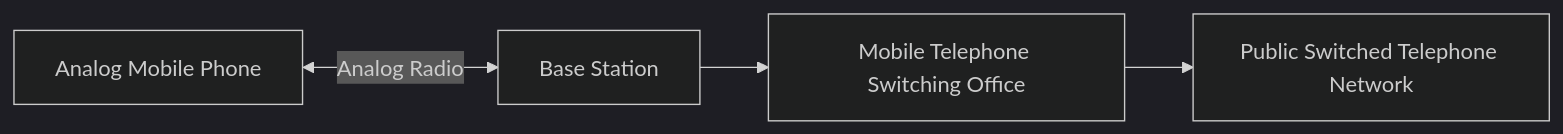
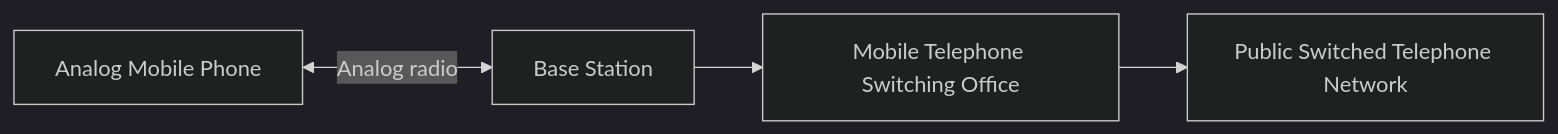
One commit to julietarubis/mobile-network-generations changed the third of 13 diagrams in README-5G-6G-FCAPS.md. Above: the diagram before and after it, drawn with Mermaid (dark theme). The commit also changed other lines of this file, not shown here.

````diff
--- a/README-5G-6G-FCAPS.md
+++ b/README-5G-6G-FCAPS.md
@@ -69,6 +90,6 @@
 ```mermaid
 flowchart LR
-    PHONE[Analog Mobile Phone] <-->|Analog Radio| BS[Base Station]
-    BS --> MTSO[Mobile Telephone Switching Office]
-    MTSO --> PSTN[Public Switched Telephone Network]
+  PHONE["Analog Mobile Phone"] <-->|"Analog radio"| BS["Base Station"]
+  BS --> MTSO["Mobile Telephone Switching Office"]
+  MTSO --> PSTN["Public Switched Telephone Network"]
 ```
````
